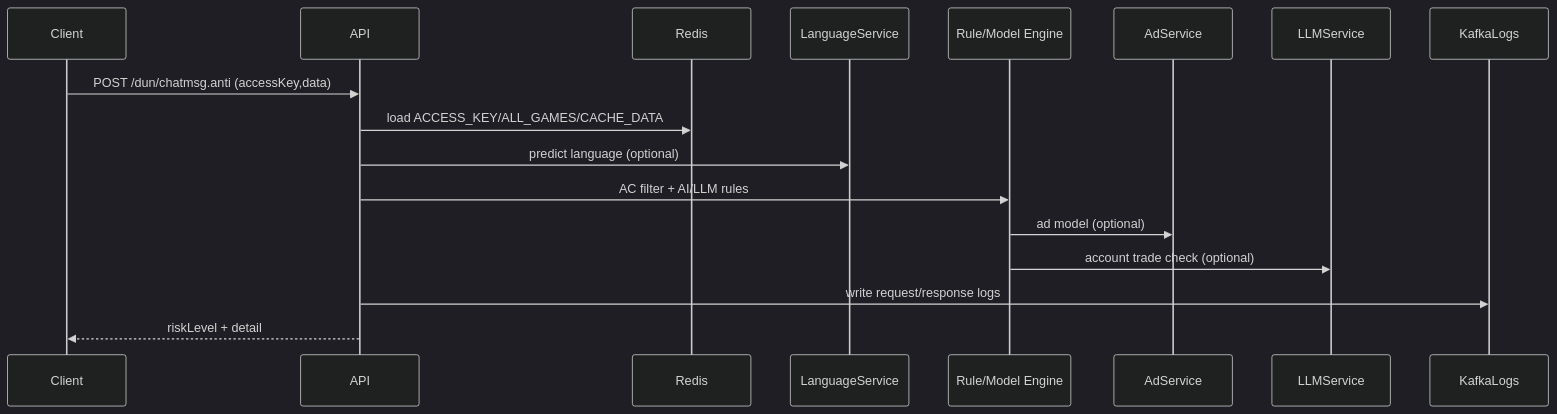
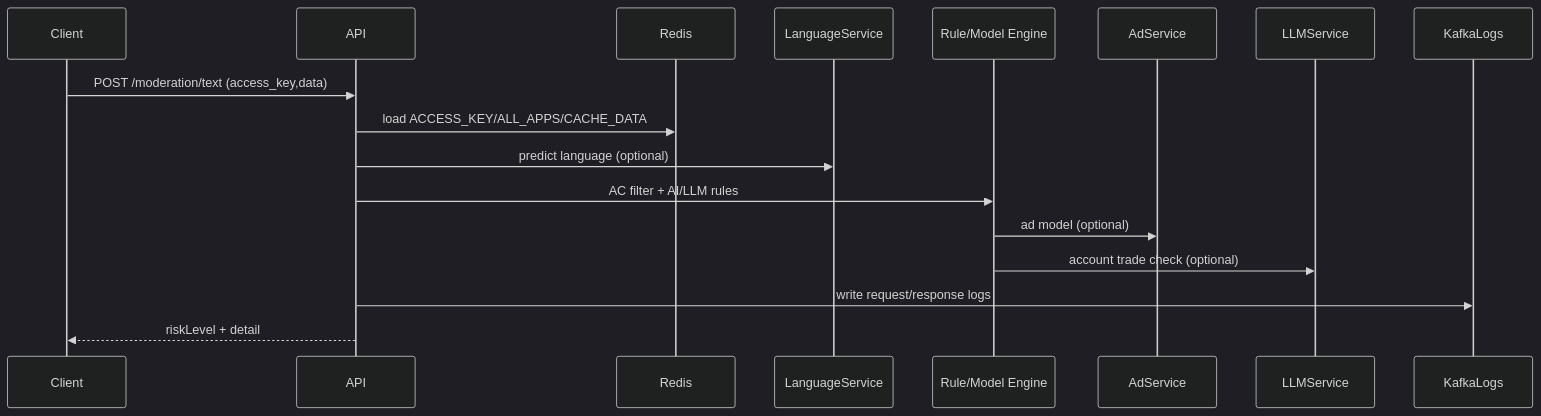
Before and after one commit to devin2255/YuYan: the second of 3 diagrams in docs/FASTAPI_DEV_GUIDE.md, drawn with Mermaid (dark theme). The commit also changed other lines of this file and 78 other files, not shown here.

````diff
--- a/docs/FASTAPI_DEV_GUIDE.md
+++ b/docs/FASTAPI_DEV_GUIDE.md
@@ -137,20 +137,20 @@
 ```mermaid
 sequenceDiagram
   participant C as Client
   participant A as API
   participant R as Redis
   participant L as LanguageService
   participant M as Rule/Model Engine
   participant AD as AdService
   participant LLM as LLMService
   participant K as KafkaLogs
 
-  C->>A: POST /dun/chatmsg.anti (accessKey,data)
-  A->>R: load ACCESS_KEY/ALL_GAMES/CACHE_DATA
+  C->>A: POST /moderation/text (access_key,data)
+  A->>R: load ACCESS_KEY/ALL_APPS/CACHE_DATA
   A->>L: predict language (optional)
   A->>M: AC filter + AI/LLM rules
   M->>AD: ad model (optional)
   M->>LLM: account trade check (optional)
   A->>K: write request/response logs
   A-->>C: riskLevel + detail
 ```
````
